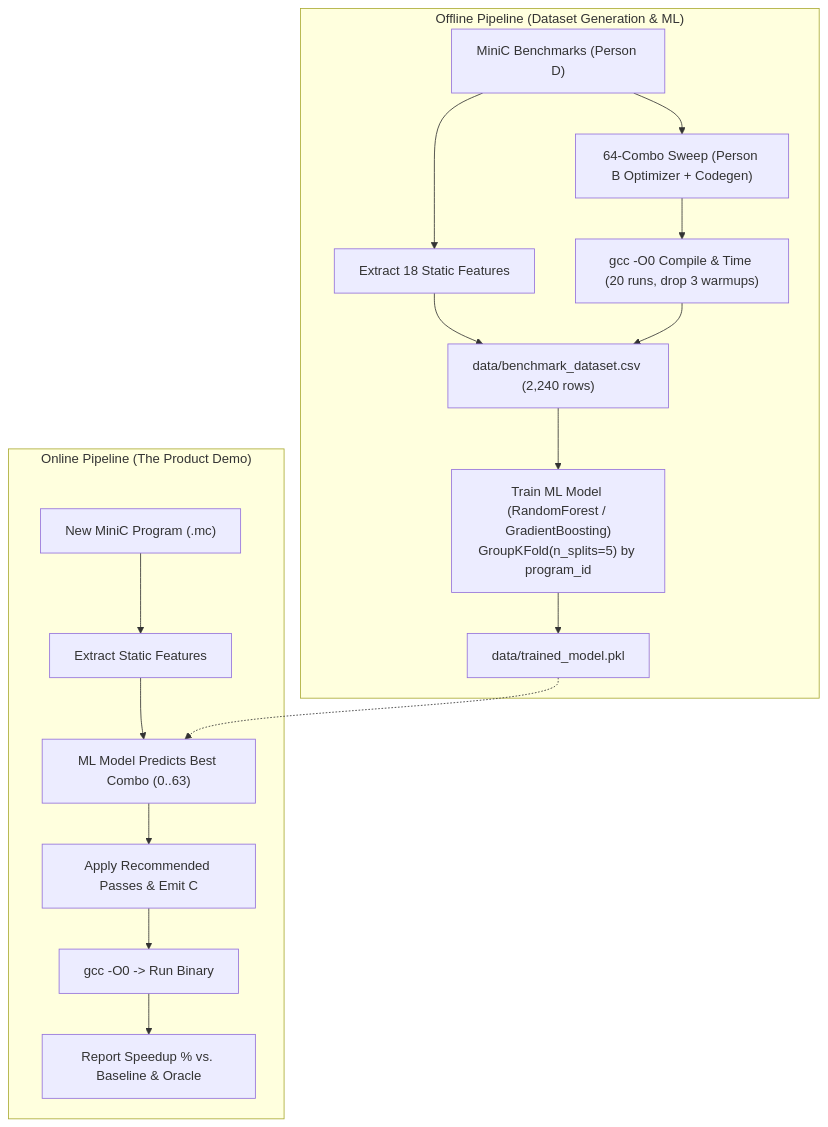
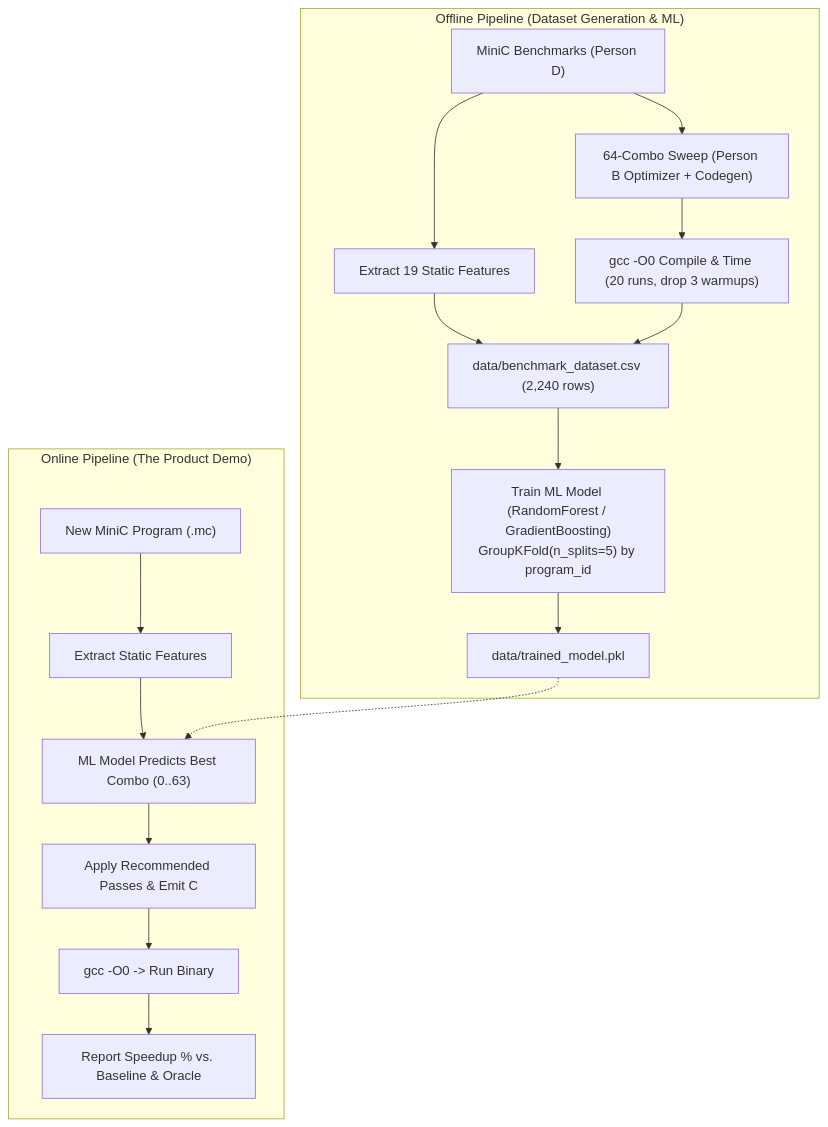
The diagram in TEAM_CONTINUATION_GUIDE.md (AkineHime/AI-based-compiler-optimization), drawn with Mermaid before and after one commit. The commit also changed other lines of this file and 4 other files, not shown here.

````diff
--- a/TEAM_CONTINUATION_GUIDE.md
+++ b/TEAM_CONTINUATION_GUIDE.md
@@ -61,21 +61,21 @@
 ```mermaid
 flowchart TD
     subgraph Offline_Pipeline["Offline Pipeline (Dataset Generation & ML)"]
-        BM["MiniC Benchmarks (Person D)"] --> FE["Extract 18 Static Features"]
+        BM["MiniC Benchmarks (Person D)"] --> FE["Extract 19 Static Features"]
         BM --> SW["64-Combo Sweep (Person B Optimizer + Codegen)"]
         SW --> GCC["gcc -O0 Compile & Time (20 runs, drop 3 warmups)"]
         FE --> DS["data/benchmark_dataset.csv (2,240 rows)"]
         GCC --> DS
         DS --> TRAIN["Train ML Model (RandomForest / GradientBoosting)\nGroupKFold(n_splits=5) by program_id"]
         TRAIN --> ARTIFACT["data/trained_model.pkl"]
     end
 
     subgraph Online_Pipeline["Online Pipeline (The Product Demo)"]
         SRC["New MiniC Program (.mc)"] --> EX["Extract Static Features"]
         EX --> INF["ML Model Predicts Best Combo (0..63)"]
         ARTIFACT -.-> INF
         INF --> OPT["Apply Recommended Passes & Emit C"]
         OPT --> EXEC["gcc -O0 -> Run Binary"]
         EXEC --> METRICS["Report Speedup % vs. Baseline & Oracle"]
     end
 ```
````
